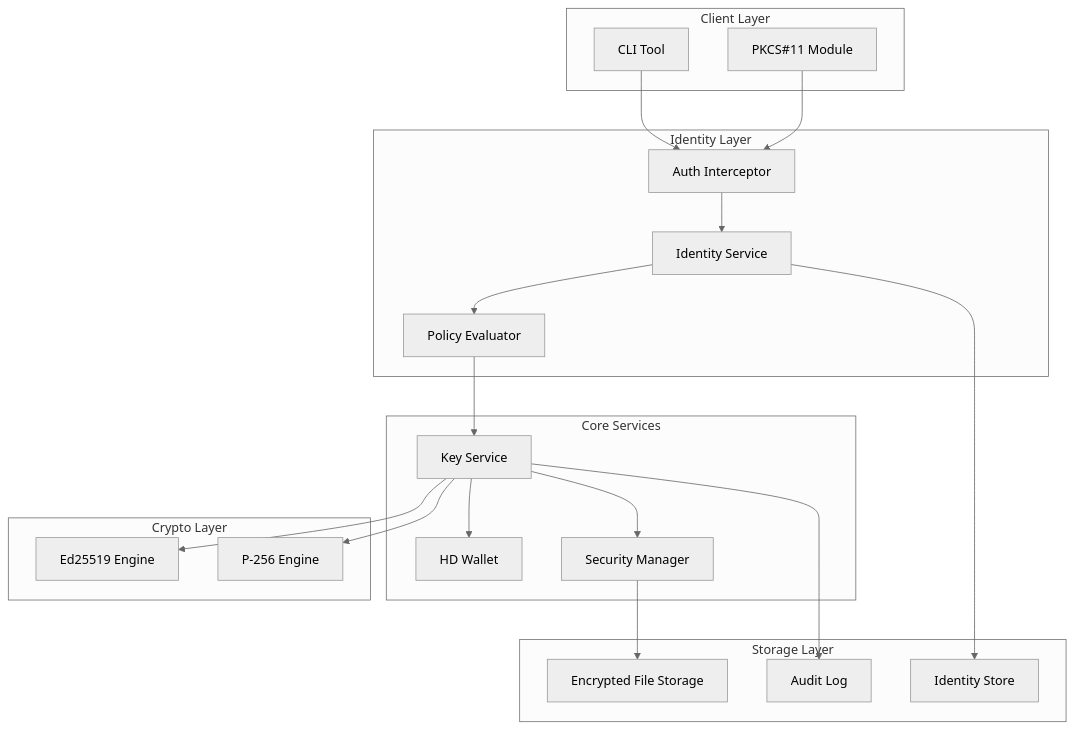
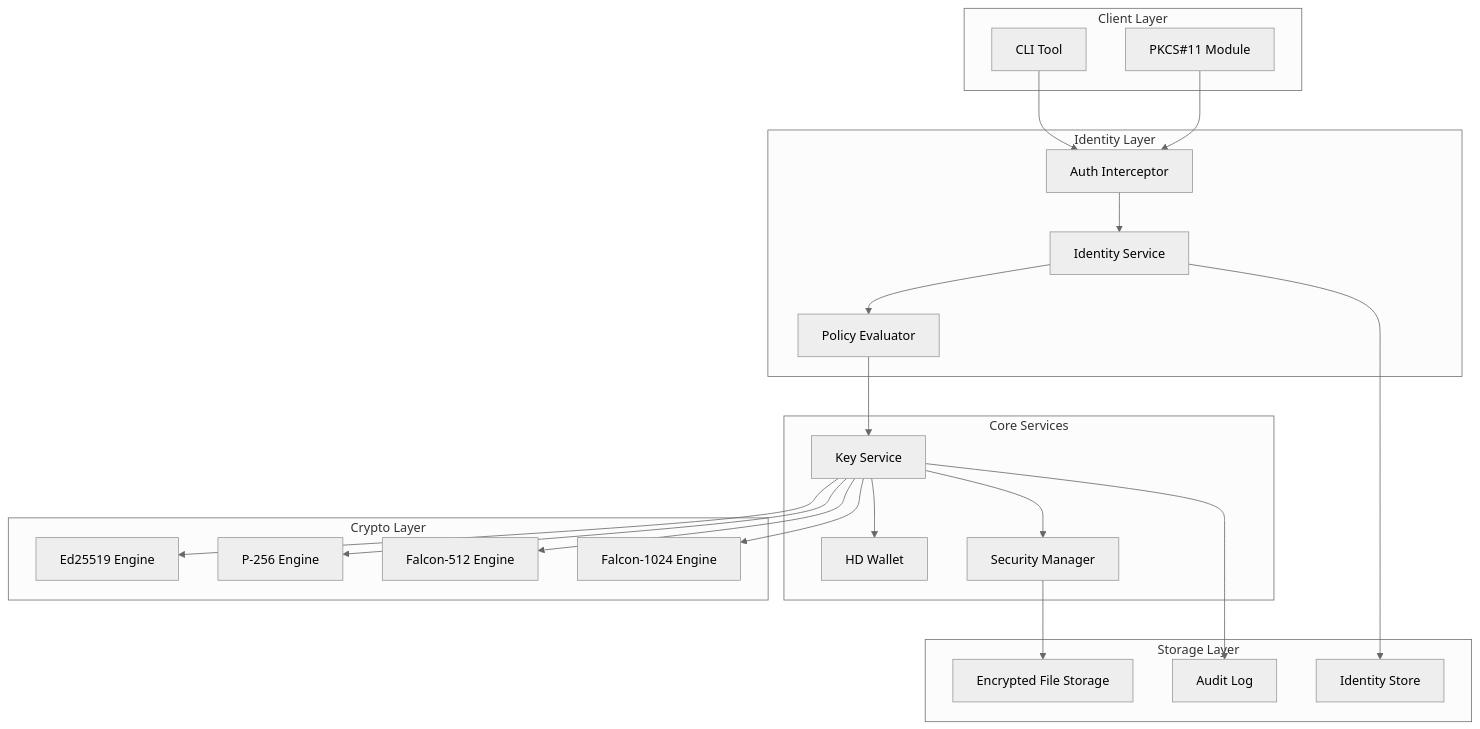
One commit to ehanoc/softKMS changed the first of 4 diagrams in docs/ARCHITECTURE.md. Above: the diagram before and after it, drawn with Mermaid (neutral theme). The commit also changed 6 other files, not shown here.

````diff
--- a/docs/ARCHITECTURE.md
+++ b/docs/ARCHITECTURE.md
@@ -18,43 +18,47 @@
 ```mermaid
 flowchart TB
     subgraph "Client Layer"
         CLI[CLI Tool]
         PKCS[PKCS#11 Module]
     end
     
     subgraph "Identity Layer"
         AUTH[Auth Interceptor]
         ID[Identity Service]
         POL[Policy Evaluator]
     end
     
     subgraph "Core Services"
         KS[Key Service]
         SEC[Security Manager]
         HD[HD Wallet]
     end
     
     subgraph "Crypto Layer"
         ED[Ed25519 Engine]
         P256[P-256 Engine]
+        F512[Falcon-512 Engine]
+        F1024[Falcon-1024 Engine]
     end
     
     subgraph "Storage Layer"
         FS[Encrypted File Storage]
         IDSTORE[Identity Store]
         AUDIT[Audit Log]
     end
     
     CLI --> AUTH
     PKCS --> AUTH
     AUTH --> ID
     ID --> POL
     POL --> KS
     KS --> ED
     KS --> P256
+    KS --> F512
+    KS --> F1024
     KS --> HD
     KS --> SEC
     SEC --> FS
     ID --> IDSTORE
     KS --> AUDIT
 ```
````
